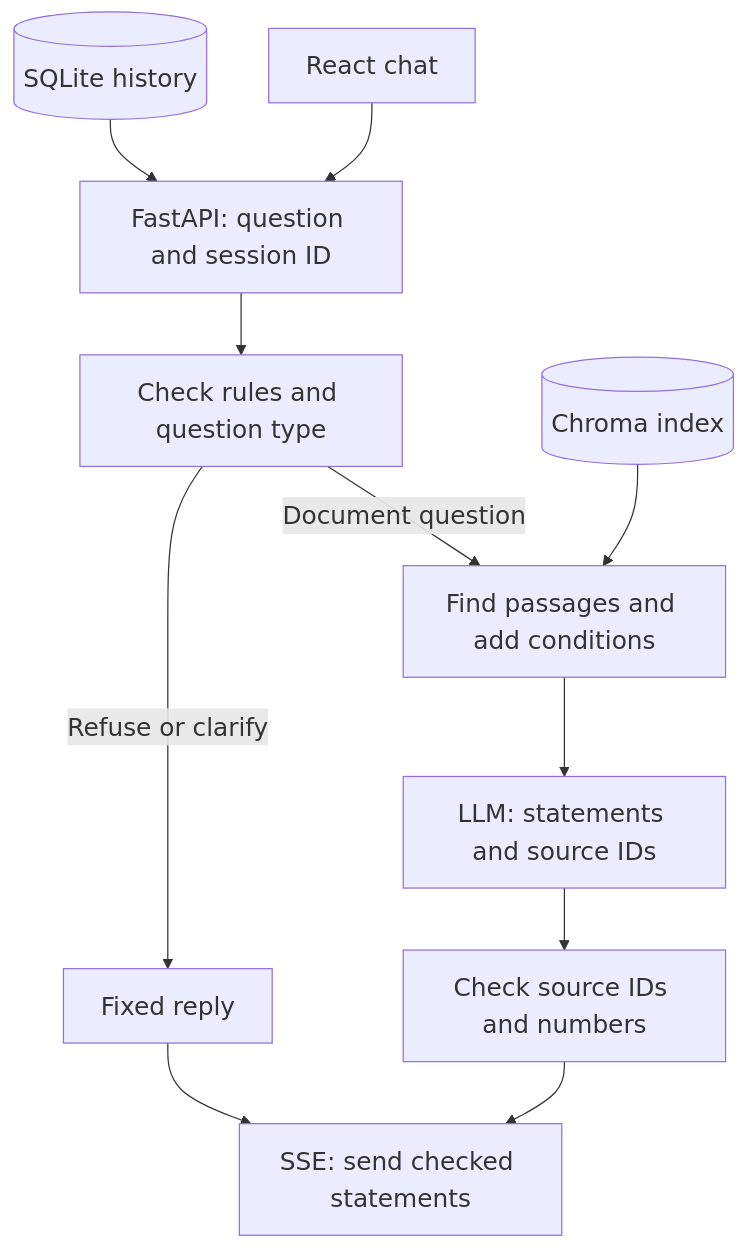
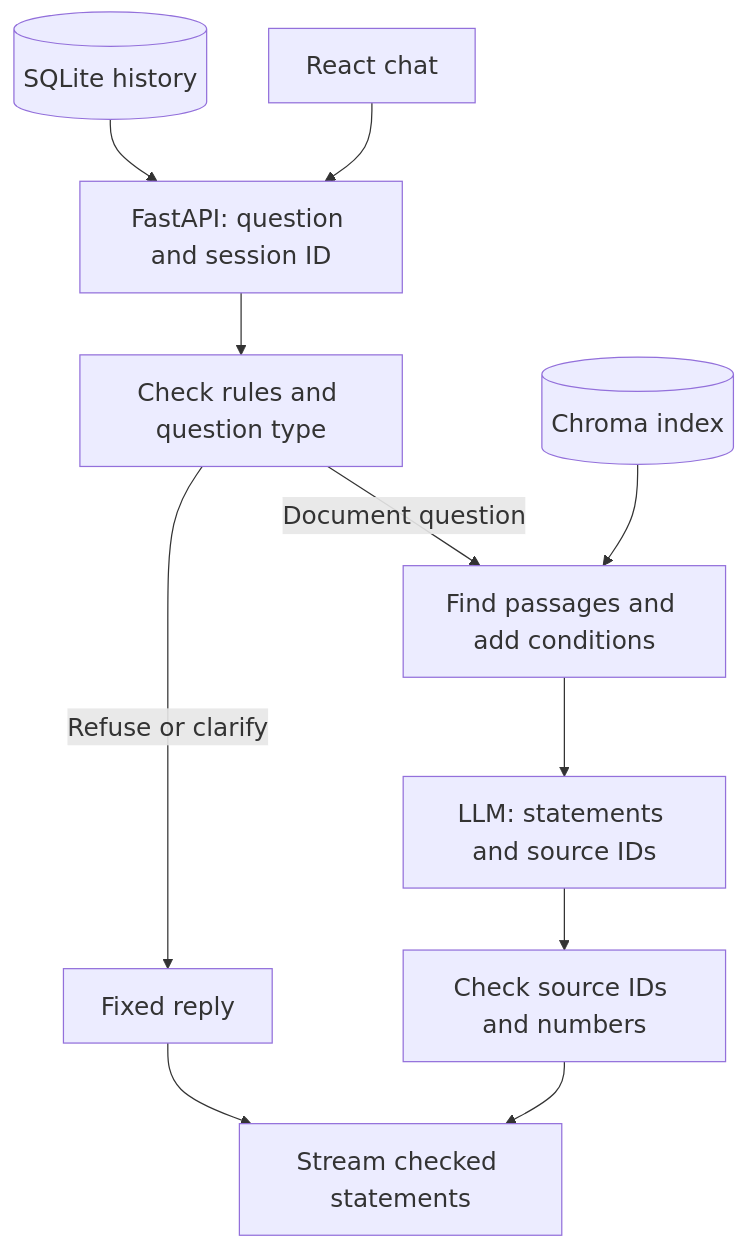
Before and after one commit to zihanzhao94/insure-tutor: the second of 2 diagrams in README.md, drawn with Mermaid. The commit also changed other lines of this file and 3 other files, not shown here.

````diff
--- a/README.md
+++ b/README.md
@@ -103,14 +103,14 @@
 ```mermaid
 %%{init: {"themeVariables": {"fontSize": "20px"}}}%%
 flowchart TD
     UI[React chat] --> API[FastAPI: question and session ID]
     History[(SQLite history)] --> API
     API --> Guard[Check rules and question type]
     Guard -->|Document question| RAG[Find passages and add conditions]
     Guard -->|Refuse or clarify| Notice[Fixed reply]
     Store[(Chroma index)] --> RAG
     RAG --> GPT[LLM: statements and source IDs]
     GPT --> Check[Check source IDs and numbers]
-    Check --> Reply[SSE: send checked statements]
+    Check --> Reply[Stream checked statements]
     Notice --> Reply
 ```
````
